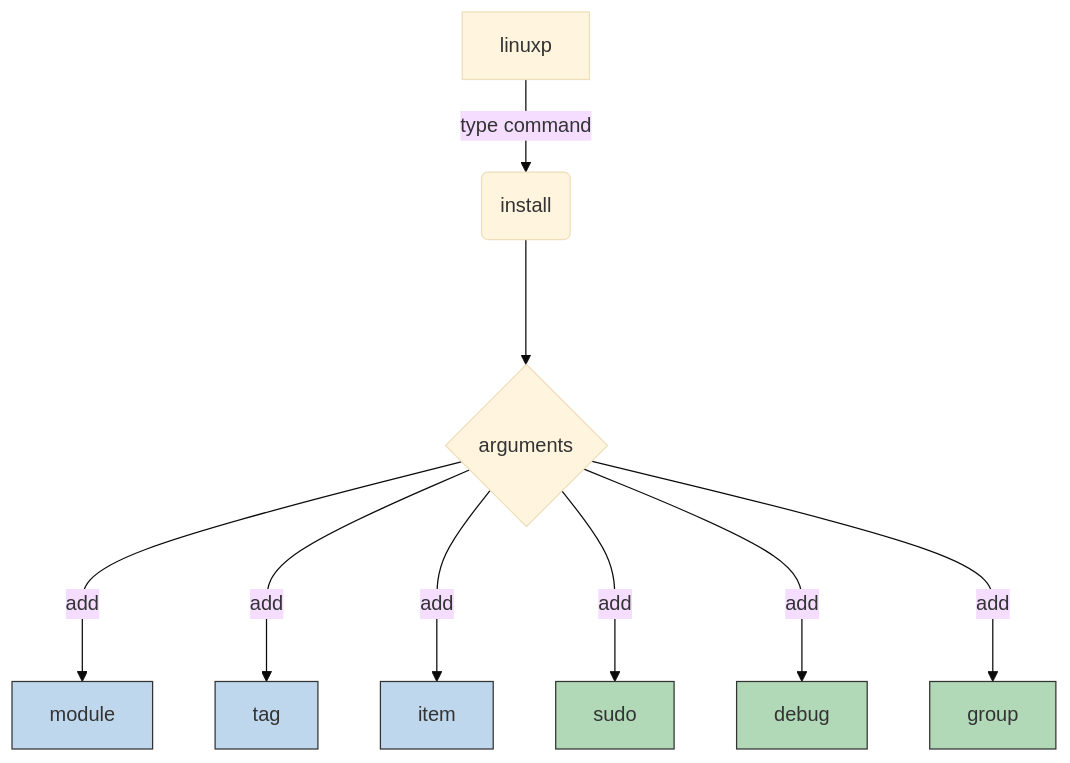
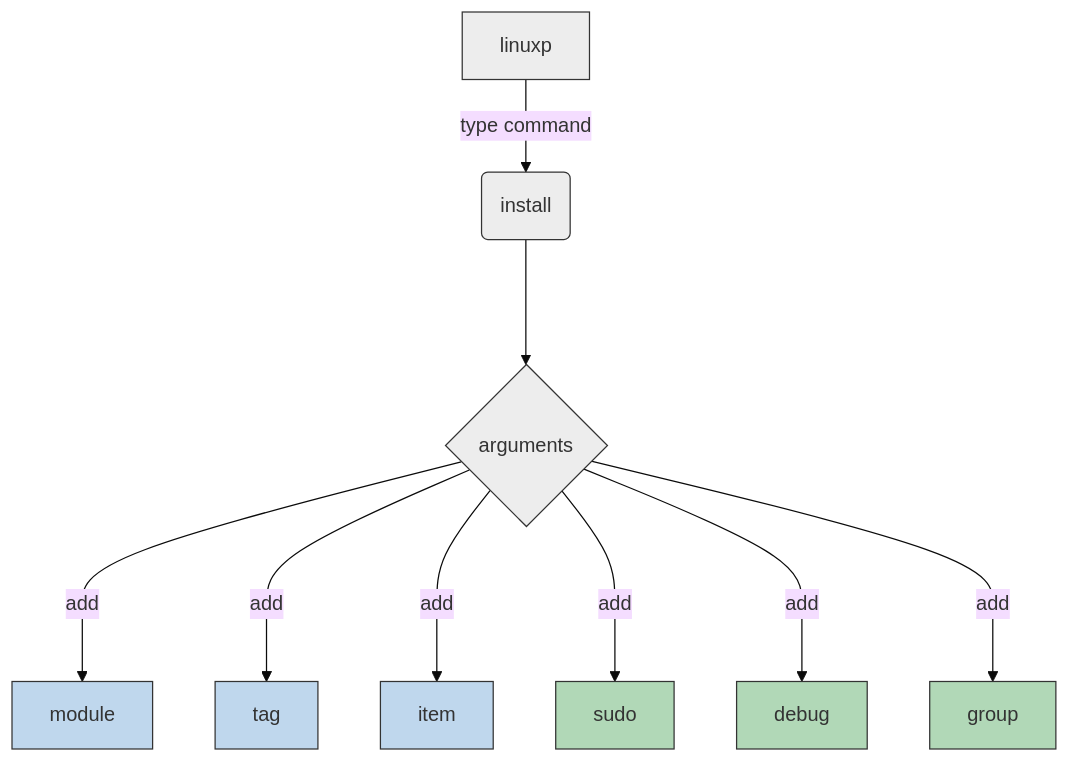
One commit to linux-profile/linux-profile changed the diagram in docs/nav/commands/install/index.md. Above: the diagram before and after it, drawn with Mermaid (base theme). The commit also changed 6 other files, not shown here.

````diff
--- a/docs/nav/commands/install/index.md
+++ b/docs/nav/commands/install/index.md
@@ -32,19 +32,22 @@
 ``` mermaid
 graph TD
     L[linuxp] -->|type command| i(install)
     i ---> option_i{arguments}
     option_i --->|add| arg_i_module[module]
     option_i --->|add| arg_i_tag[tag]
     option_i --->|add| arg_i_item[item]
     option_i --->|add| arg_i_sudo[sudo]
     option_i --->|add| arg_i_debug[debug]
     option_i --->|add| arg_i_group[group]
 
     style arg_i_module fill:#BFD7ED,stroke:#333
     style arg_i_tag fill:#BFD7ED,stroke:#333
     style arg_i_item fill:#BFD7ED,stroke:#333
     style arg_i_sudo fill:#B1D8B7,stroke:#333
     style arg_i_debug fill:#B1D8B7,stroke:#333
     style arg_i_group fill:#B1D8B7,stroke:#333
 
+    style L fill:#ededed,stroke:#333
+    style i fill:#ededed,stroke:#333
+    style option_i fill:#ededed,stroke:#333
 ```
````
